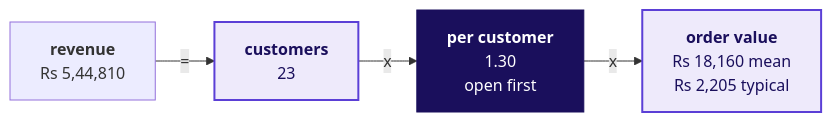
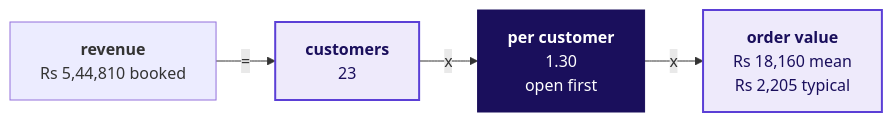
One commit to fde-academy-lab/c2-content-factory changed the diagram in content/W01/D1/cheatsheets/C2_W01_D01_revenue_tree_STUDENT.md. Above: the diagram before and after it, drawn with Mermaid. The commit also changed other lines of this file and 17 other files, not shown here.

````diff
--- a/content/W01/D1/cheatsheets/C2_W01_D01_revenue_tree_STUDENT.md
+++ b/content/W01/D1/cheatsheets/C2_W01_D01_revenue_tree_STUDENT.md
@@ -7,10 +7,10 @@
 ```mermaid
 flowchart LR
-    R["<b>revenue</b><br/>Rs 5,44,810"] -->|"="| C["<b>customers</b><br/>23"]
+    R["<b>revenue</b><br/>Rs 5,44,810 booked"] -->|"="| C["<b>customers</b><br/>23"]
     C -->|"x"| F["<b>per customer</b><br/>1.30<br/>open first"]
     F -->|"x"| A["<b>order value</b><br/>Rs 18,160 mean<br/>Rs 2,205 typical"]
     classDef known fill:#EEEAFB,stroke:#5B3FD6,color:#1A0F5C,stroke-width:2px
     classDef bet fill:#1A0F5C,stroke:#1A0F5C,color:#FFFFFF
     class C,A known
     class F bet
 ```
````
